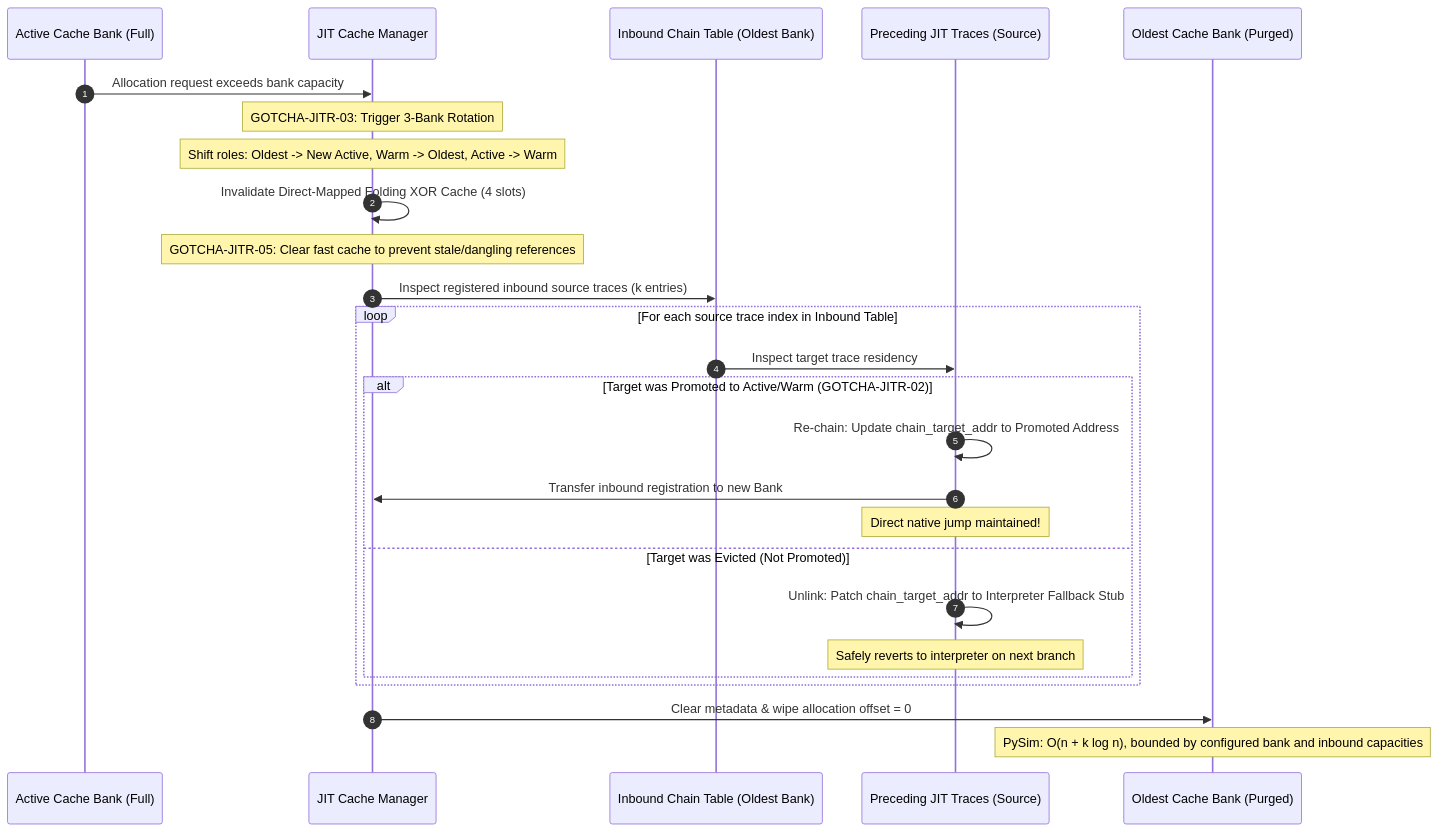
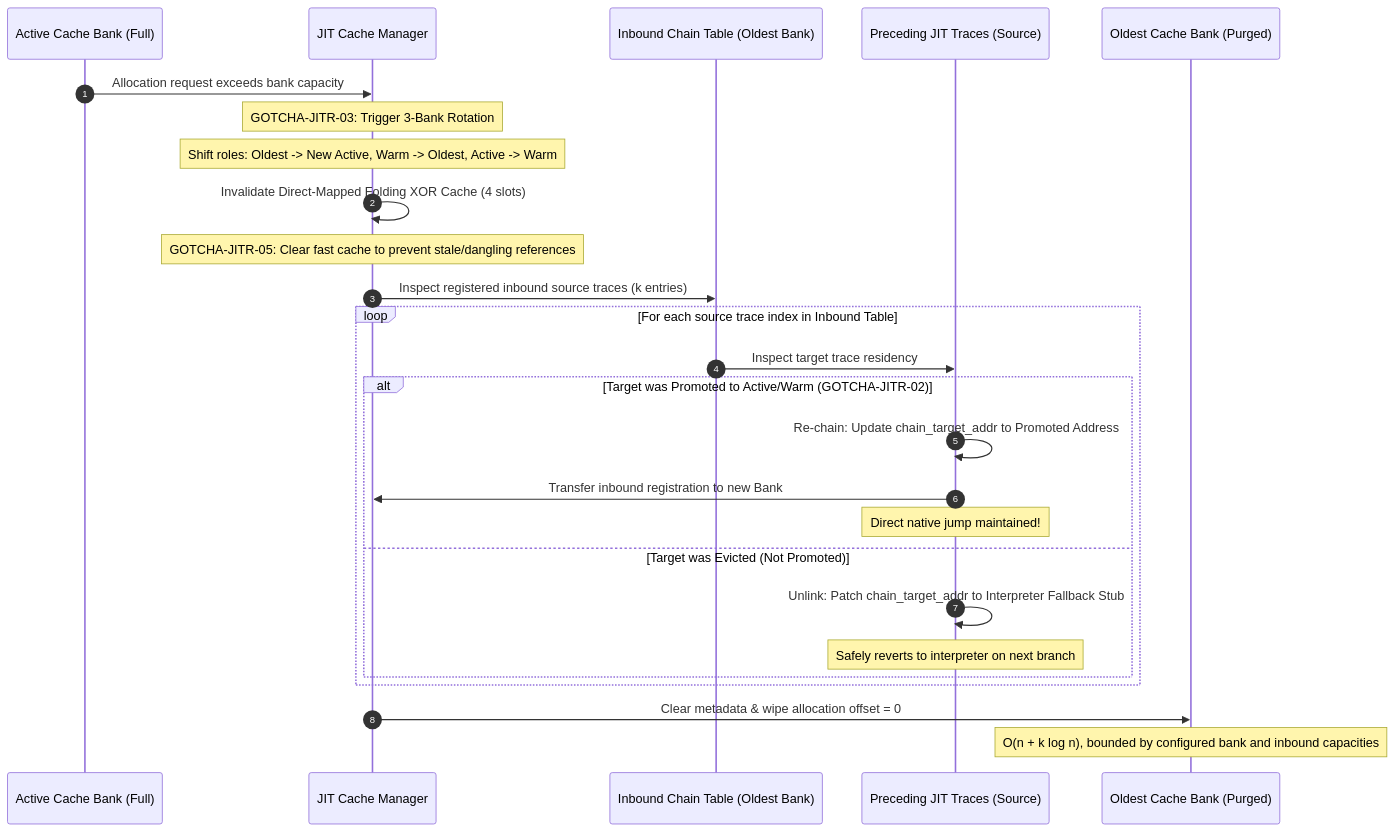
One commit to kmt-t/fireball changed the third of 5 diagrams in docs/components/tier3_jit/jit_runtime.md. Above: the diagram before and after it, drawn with Mermaid. The commit also changed other lines of this file and 26 other files, not shown here.

````diff
--- a/docs/components/tier3_jit/jit_runtime.md
+++ b/docs/components/tier3_jit/jit_runtime.md
@@ -139,32 +140,32 @@
 ```mermaid
 sequenceDiagram
     autonumber
     participant Active as Active Cache Bank (Full)
     participant Mgr as JIT Cache Manager
     participant Inbound as Inbound Chain Table (Oldest Bank)
     participant Source as Preceding JIT Traces (Source)
     participant Oldest as Oldest Cache Bank (Purged)
 
     Active->>Mgr: Allocation request exceeds bank capacity
     Note over Mgr: GOTCHA-JITR-03: Trigger 3-Bank Rotation
     Note over Mgr: Shift roles: Oldest -> New Active, Warm -> Oldest, Active -> Warm
 
     Mgr->>Mgr: Invalidate Direct-Mapped Folding XOR Cache (4 slots)
     Note over Mgr: GOTCHA-JITR-05: Clear fast cache to prevent stale/dangling references
 
     Mgr->>Inbound: Inspect registered inbound source traces (k entries)
     loop For each source trace index in Inbound Table
         Inbound->>Source: Inspect target trace residency
         alt Target was Promoted to Active/Warm (GOTCHA-JITR-02)
             Source->>Source: Re-chain: Update chain_target_addr to Promoted Address
             Source->>Mgr: Transfer inbound registration to new Bank
             Note over Source: Direct native jump maintained!
         else Target was Evicted (Not Promoted)
             Source->>Source: Unlink: Patch chain_target_addr to Interpreter Fallback Stub
             Note over Source: Safely reverts to interpreter on next branch
         end
     end
 
     Mgr->>Oldest: Clear metadata & wipe allocation offset = 0
-    Note over Oldest: PySim: O(n + k log n), bounded by configured bank and inbound capacities
+    Note over Oldest: O(n + k log n), bounded by configured bank and inbound capacities
 ```
````
